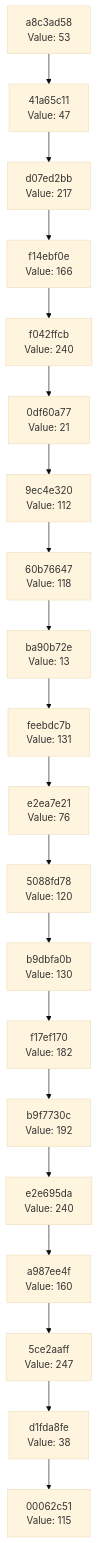
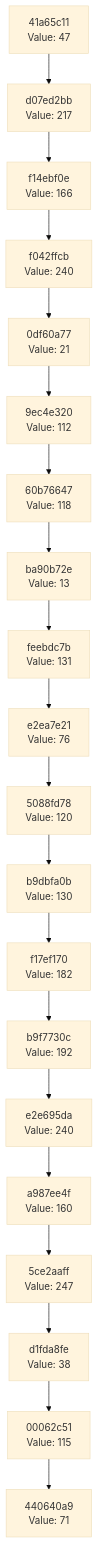
One commit to Abhisheksinha1506/hash-chain-evolver changed the diagram in docs/CHAIN_VISUALIZATION.md. Above: the diagram before and after it, drawn with Mermaid (base theme). The commit also changed 2 other files, not shown here.

Commit message:
Evolution step: hash 0x47 → action executed

````diff
--- a/docs/CHAIN_VISUALIZATION.md
+++ b/docs/CHAIN_VISUALIZATION.md
@@ -3,42 +3,42 @@
 ```mermaid
 graph TD
-    C0["00062c51<br/>Value: 115"]
-    C1["d1fda8fe<br/>Value: 38"]
+    C0["440640a9<br/>Value: 71"]
+    C1["00062c51<br/>Value: 115"]
     C1 --> C0
-    C2["5ce2aaff<br/>Value: 247"]
+    C2["d1fda8fe<br/>Value: 38"]
     C2 --> C1
-    C3["a987ee4f<br/>Value: 160"]
+    C3["5ce2aaff<br/>Value: 247"]
     C3 --> C2
-    C4["e2e695da<br/>Value: 240"]
+    C4["a987ee4f<br/>Value: 160"]
     C4 --> C3
-    C5["b9f7730c<br/>Value: 192"]
+    C5["e2e695da<br/>Value: 240"]
     C5 --> C4
-    C6["f17ef170<br/>Value: 182"]
+    C6["b9f7730c<br/>Value: 192"]
     C6 --> C5
-    C7["b9dbfa0b<br/>Value: 130"]
+    C7["f17ef170<br/>Value: 182"]
     C7 --> C6
-    C8["5088fd78<br/>Value: 120"]
+    C8["b9dbfa0b<br/>Value: 130"]
     C8 --> C7
-    C9["e2ea7e21<br/>Value: 76"]
+    C9["5088fd78<br/>Value: 120"]
     C9 --> C8
-    C10["feebdc7b<br/>Value: 131"]
+    C10["e2ea7e21<br/>Value: 76"]
     C10 --> C9
-    C11["ba90b72e<br/>Value: 13"]
+    C11["feebdc7b<br/>Value: 131"]
     C11 --> C10
-    C12["60b76647<br/>Value: 118"]
+    C12["ba90b72e<br/>Value: 13"]
     C12 --> C11
-    C13["9ec4e320<br/>Value: 112"]
+    C13["60b76647<br/>Value: 118"]
     C13 --> C12
-    C14["0df60a77<br/>Value: 21"]
+    C14["9ec4e320<br/>Value: 112"]
     C14 --> C13
-    C15["f042ffcb<br/>Value: 240"]
+    C15["0df60a77<br/>Value: 21"]
     C15 --> C14
-    C16["f14ebf0e<br/>Value: 166"]
+    C16["f042ffcb<br/>Value: 240"]
     C16 --> C15
-    C17["d07ed2bb<br/>Value: 217"]
+    C17["f14ebf0e<br/>Value: 166"]
     C17 --> C16
-    C18["41a65c11<br/>Value: 47"]
+    C18["d07ed2bb<br/>Value: 217"]
     C18 --> C17
-    C19["a8c3ad58<br/>Value: 53"]
+    C19["41a65c11<br/>Value: 47"]
     C19 --> C18
 ```
````
